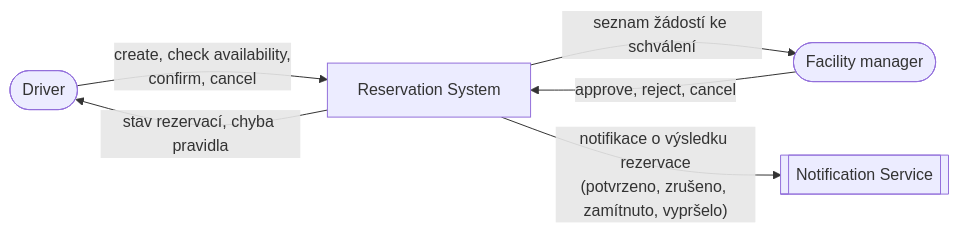
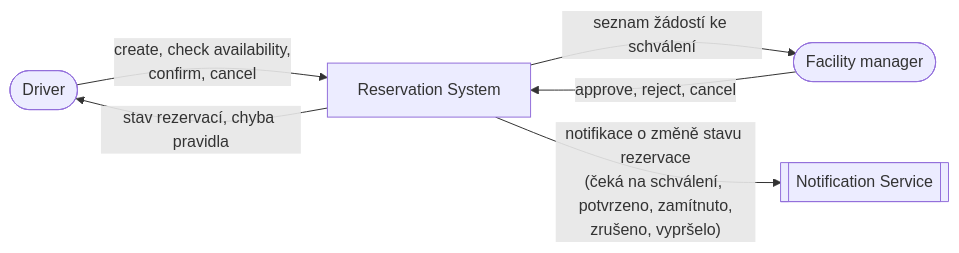
Before and after one commit to RomanGregor/ParkingReservations: the second of 6 diagrams in docs/architecture-and-decisions.md, drawn with Mermaid. The commit also changed other lines of this file, not shown here.

Commit message:
C03: design sequence and focused design class diagram

````diff
--- a/docs/architecture-and-decisions.md
+++ b/docs/architecture-and-decisions.md
@@ -285,12 +285,12 @@
 ```mermaid
 flowchart LR
     D([Driver])
     FM([Facility manager])
     RS[Reservation System]
     NS[[Notification Service]]
     D -- "create, check availability,<br/>confirm, cancel" --> RS
     FM -- "approve, reject, cancel" --> RS
     RS -- "stav rezervací, chyba pravidla" --> D
     RS -- "seznam žádostí ke schválení" --> FM
-    RS -- "notifikace o výsledku rezervace<br/>(potvrzeno, zrušeno, zamítnuto, vypršelo)" --> NS
+    RS -- "notifikace o změně stavu rezervace<br/>(čeká na schválení, potvrzeno, zamítnuto,<br/>zrušeno, vypršelo)" --> NS
 ```
````
